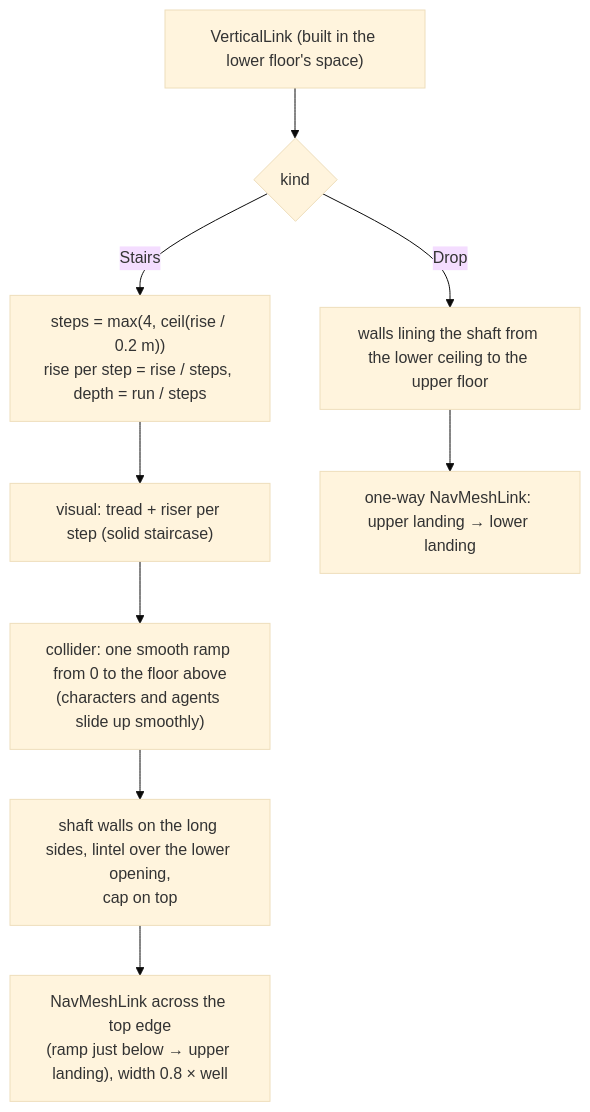
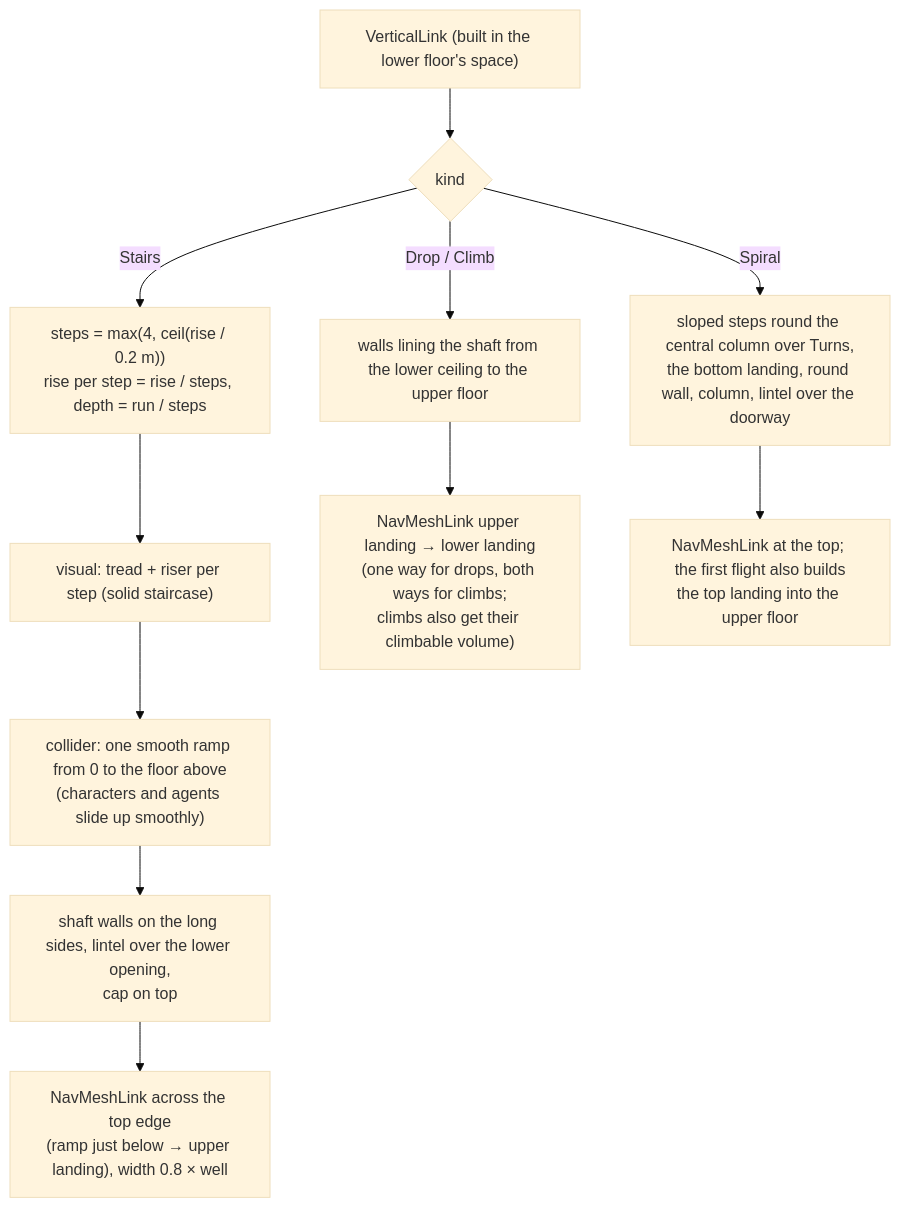
One commit to Kaynan-Jamelaumn/SimpleMovementsUnityPackage changed the fourth of 6 diagrams in Documentation/Dungeon/09-Meshing-and-Build.md. Above: the diagram before and after it, drawn with Mermaid (base theme). The commit also changed other lines of this file and 161 other files, not shown here.

````diff
--- a/Documentation/Dungeon/09-Meshing-and-Build.md
+++ b/Documentation/Dungeon/09-Meshing-and-Build.md
@@ -103,11 +105,13 @@
 ```mermaid
 flowchart TD
     A["VerticalLink (built in the lower floor's space)"] --> B{"kind"}
     B -- Stairs --> C["steps = max(4, ceil(rise / 0.2 m))<br/>rise per step = rise / steps, depth = run / steps"]
     C --> D["visual: tread + riser per step (solid staircase)"]
     D --> E["collider: one smooth ramp from 0 to the floor above<br/>(characters and agents slide up smoothly)"]
     E --> F["shaft walls on the long sides, lintel over the lower opening,<br/>cap on top"]
     F --> G["NavMeshLink across the top edge<br/>(ramp just below → upper landing), width 0.8 × well"]
-    B -- Drop --> H["walls lining the shaft from the lower ceiling to the upper floor"]
-    H --> I["one-way NavMeshLink: upper landing → lower landing"]
+    B -- "Drop / Climb" --> H["walls lining the shaft from the lower ceiling to the upper floor"]
+    H --> I["NavMeshLink upper landing → lower landing<br/>(one way for drops, both ways for climbs;<br/>climbs also get their climbable volume)"]
+    B -- Spiral --> S["sloped steps round the central column over Turns,<br/>the bottom landing, round wall, column, lintel over the doorway"]
+    S --> S2["NavMeshLink at the top; the first flight also builds<br/>the top landing into the upper floor"]
 ```
````
